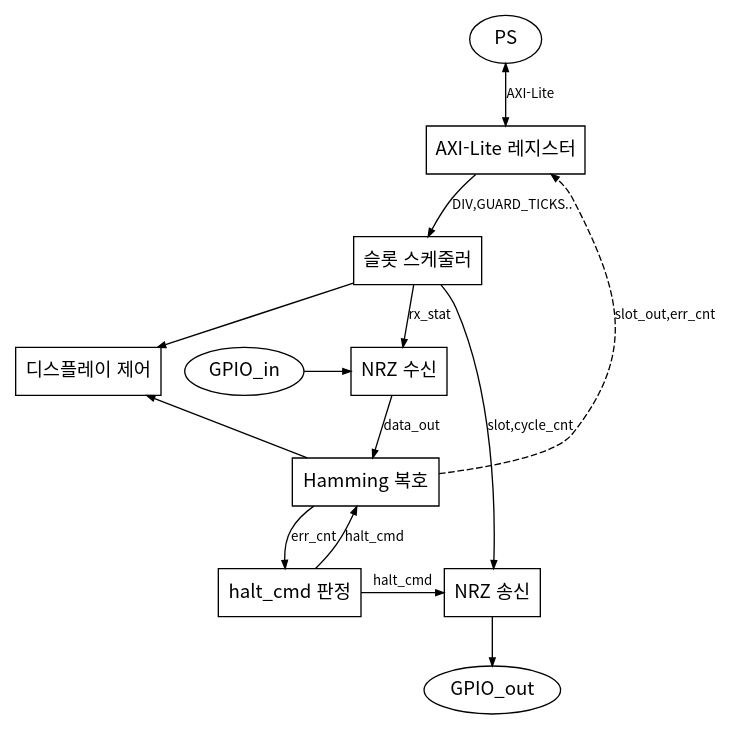
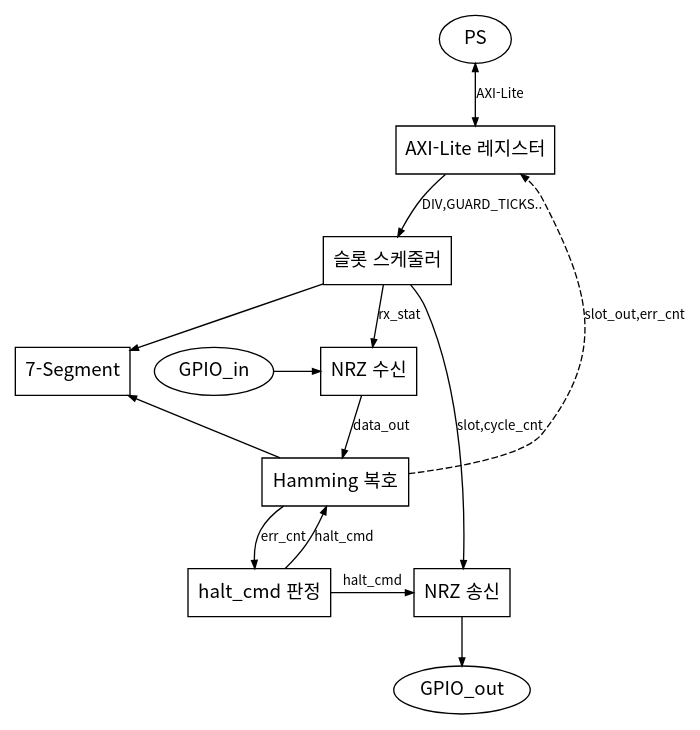
Before and after one commit to Woodong02/SoC_Design_and_Programming: the diagram in diagrams/level3_master_internal.dot, drawn with Graphviz. The commit also changed 3 other files, not shown here.

Commit message:
board/master 다이어그램을 명세대로 재작성 (PL 점선 경계, 디스플레이 제거)

```diff
--- a/diagrams/level3_master_internal.dot
+++ b/diagrams/level3_master_internal.dot
@@ -1,39 +1,39 @@
 digraph G {
     rankdir=TB;
     fontname="Noto Sans CJK KR";
     node [shape=box, fontname="Noto Sans CJK KR", fontsize=14, color=black];
     edge [fontname="Noto Sans CJK KR", fontsize=10, color=black, arrowsize=0.6];
 
     PS     [label="PS", shape=ellipse];
     AXI    [label="AXI-Lite 레지스터"];
     SLOT   [label="슬롯 스케줄러"];
     GPIOIN [label="GPIO_in", shape=ellipse];
     RX     [label="NRZ 수신"];
-    DISP   [label="디스플레이 제어"];
+    SEG    [label="7-Segment"];
     DEC    [label="Hamming 복호"];
     HALT   [label="halt_cmd 판정"];
     TX     [label="NRZ 송신"];
     GPIOOUT [label="GPIO_out", shape=ellipse];
 
     { rank=same; PS; }
     { rank=same; AXI; }
     { rank=same; SLOT; }
-    { rank=same; GPIOIN; RX; DISP; }
+    { rank=same; GPIOIN; RX; SEG; }
     { rank=same; DEC; }
     { rank=same; HALT; TX; }
     { rank=same; GPIOOUT; }
 
     PS -> AXI [label="AXI-Lite", dir=both];
     AXI -> SLOT [label="DIV,GUARD_TICKS.."];
     GPIOIN -> RX;
     SLOT -> RX [label="rx_stat"];
-    SLOT -> DISP;
+    SLOT -> SEG;
     RX -> DEC [label="data_out"];
-    DEC -> DISP;
+    DEC -> SEG;
     DEC -> HALT [label="err_cnt"];
     HALT -> TX [label="halt_cmd"];
     HALT -> DEC [label="halt_cmd"];
     SLOT -> TX [label="slot,cycle_cnt"];
     DEC -> AXI [label="slot_out,err_cnt", style=dashed];
     TX -> GPIOOUT;
 }
```
